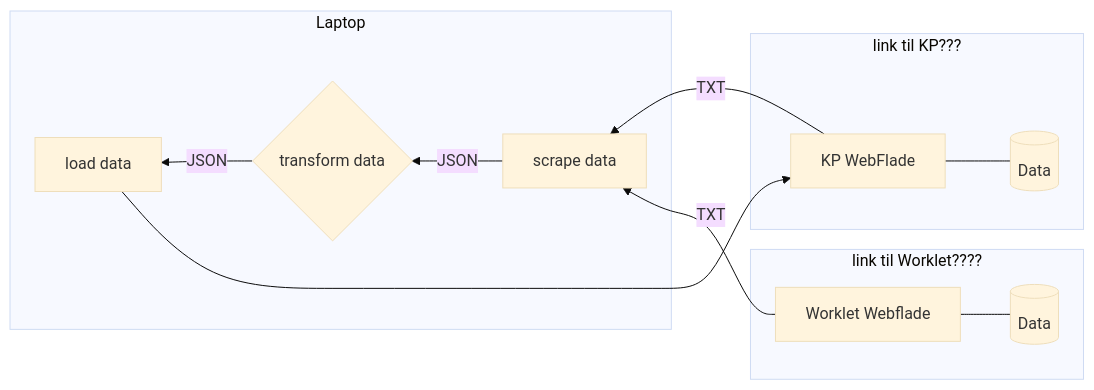
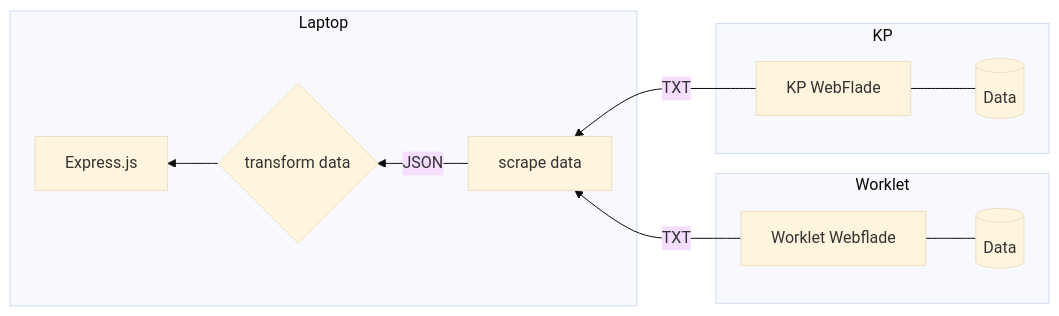
Before and after one commit to Randers-Kommune-Digitalisering/auto-tilskudsberegning-fodterapi: the diagram in README.md, drawn with Mermaid (base theme). The commit also changed other lines of this file, not shown here.

````diff
--- a/README.md
+++ b/README.md
@@ -33,25 +33,21 @@
 ```mermaid
-
 graph RL
     KPDB[(Data)] --- KPWEB[KP WebFlade] --> 
-  
+
     |TXT|E[scrape data] -->
-    |JSON|T{transform data}-->
-    |JSON|L[load data] --> KPWEB
+    |JSON|T{transform data}-->Express.js
 
     WLDB[(Data)] --- WLWEB[Worklet Webflade] -->|TXT| E
 
     subgraph Laptop
-    E & T & L
+    E & T & Express.js
     end
 
-    subgraph link til Worklet????
+    subgraph Worklet
     WLDB & WLWEB
     end
-  
-    subgraph link til KP???
+
+    subgraph KP
     KPDB & KPWEB
     end
-  
-
 ```
````
